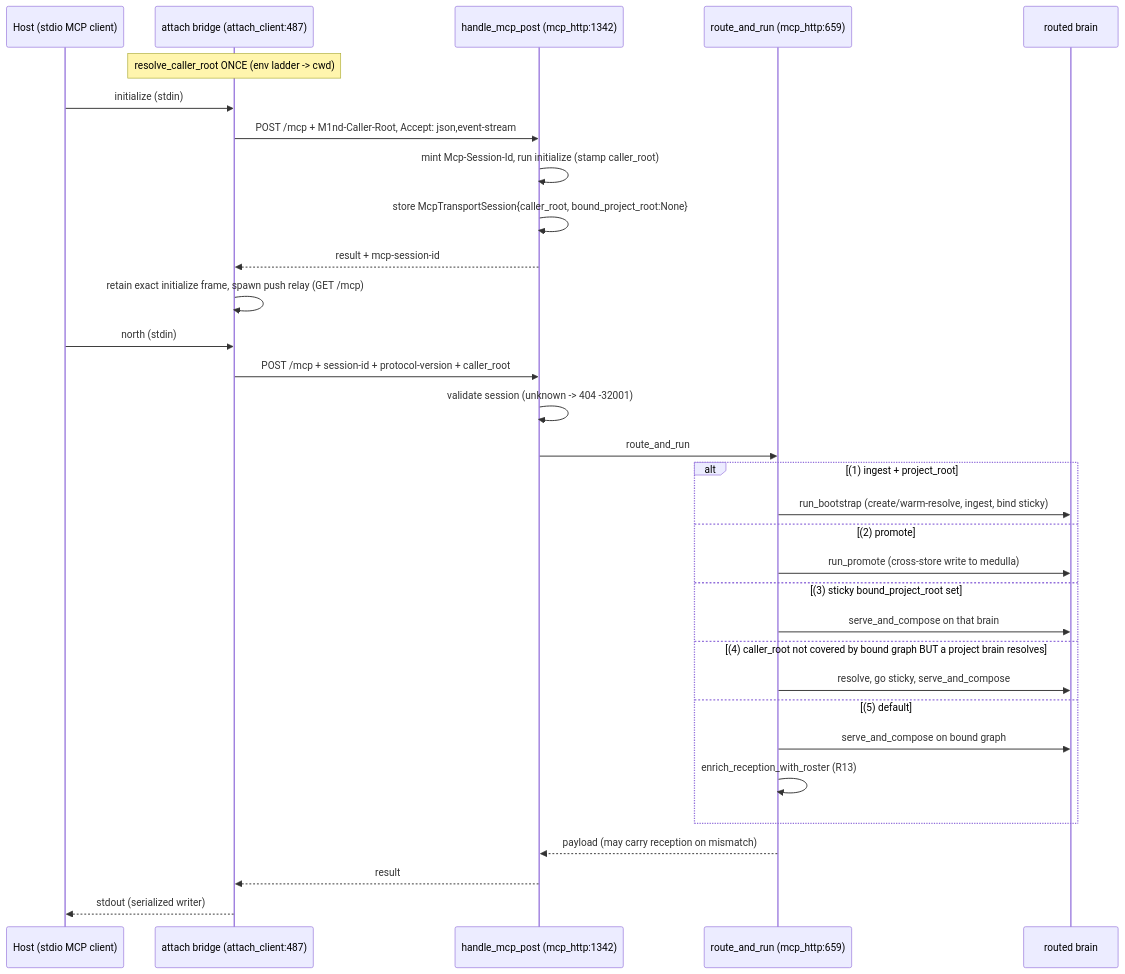
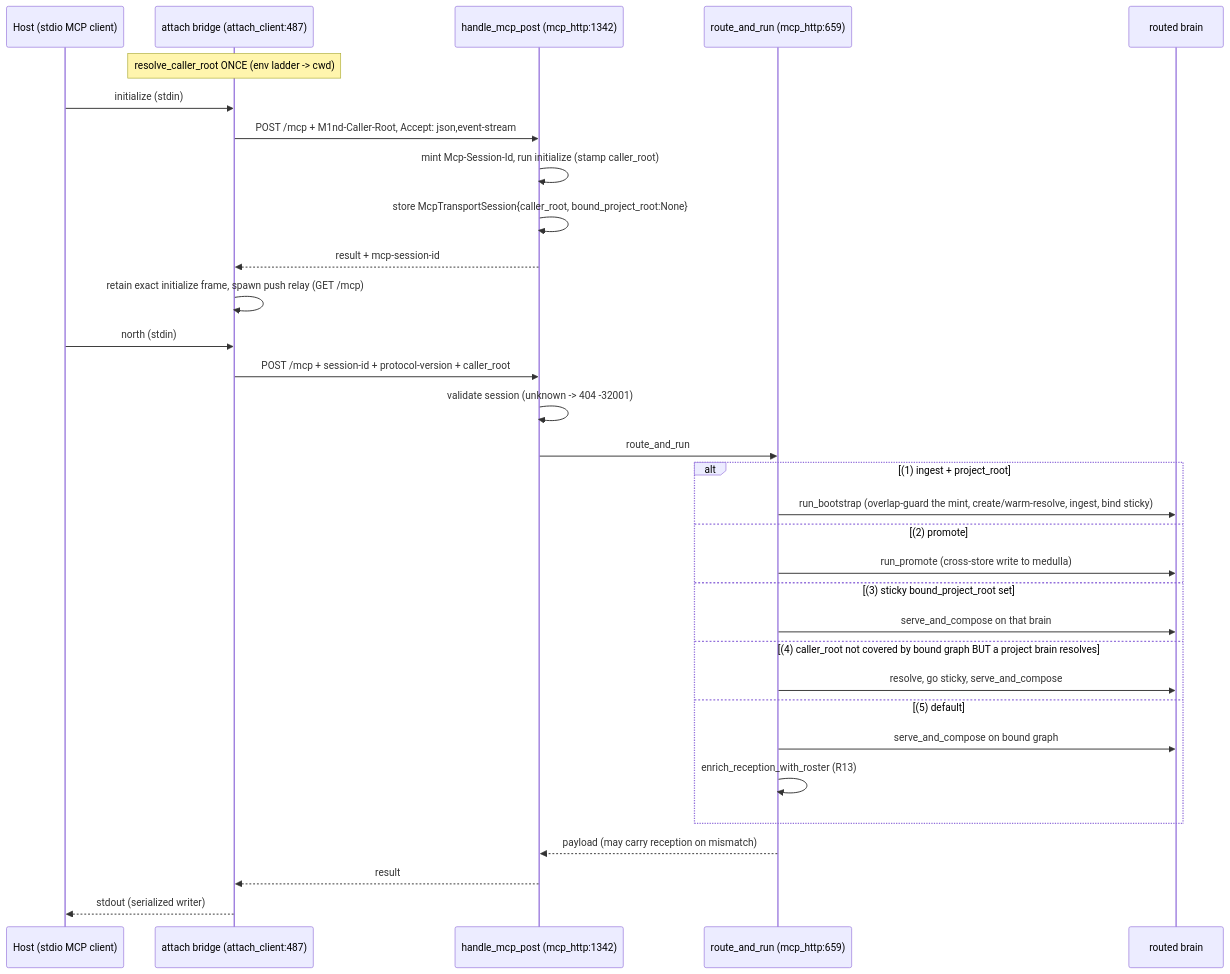
Before and after one commit to maxkle1nz/m1nd: the second of 5 diagrams in docs/uml/routing-reception.md, drawn with Mermaid. The commit also changed other lines of this file and 4 other files, not shown here.

````diff
--- a/docs/uml/routing-reception.md
+++ b/docs/uml/routing-reception.md
@@ -97,36 +97,36 @@
 ```mermaid
 sequenceDiagram
     participant H as Host (stdio MCP client)
     participant BR as attach bridge (attach_client:487)
     participant P as handle_mcp_post (mcp_http:1342)
     participant RR as route_and_run (mcp_http:659)
     participant BRAIN as routed brain
 
     Note over BR: resolve_caller_root ONCE (env ladder -> cwd)
     H->>BR: initialize (stdin)
     BR->>P: POST /mcp + M1nd-Caller-Root, Accept: json,event-stream
     P->>P: mint Mcp-Session-Id, run initialize (stamp caller_root)
     P->>P: store McpTransportSession{caller_root, bound_project_root:None}
     P-->>BR: result + mcp-session-id
     BR->>BR: retain exact initialize frame, spawn push relay (GET /mcp)
 
     H->>BR: north (stdin)
     BR->>P: POST /mcp + session-id + protocol-version + caller_root
     P->>P: validate session (unknown -> 404 -32001)
     P->>RR: route_and_run
     alt (1) ingest + project_root
-        RR->>BRAIN: run_bootstrap (create/warm-resolve, ingest, bind sticky)
+        RR->>BRAIN: run_bootstrap (overlap-guard the mint, create/warm-resolve, ingest, bind sticky)
     else (2) promote
         RR->>BRAIN: run_promote (cross-store write to medulla)
     else (3) sticky bound_project_root set
         RR->>BRAIN: serve_and_compose on that brain
     else (4) caller_root not covered by bound graph BUT a project brain resolves
         RR->>BRAIN: resolve, go sticky, serve_and_compose
     else (5) default
         RR->>BRAIN: serve_and_compose on bound graph
         RR->>RR: enrich_reception_with_roster (R13)
     end
     RR-->>P: payload (may carry reception on mismatch)
     P-->>BR: result
     BR-->>H: stdout (serialized writer)
 ```
````
